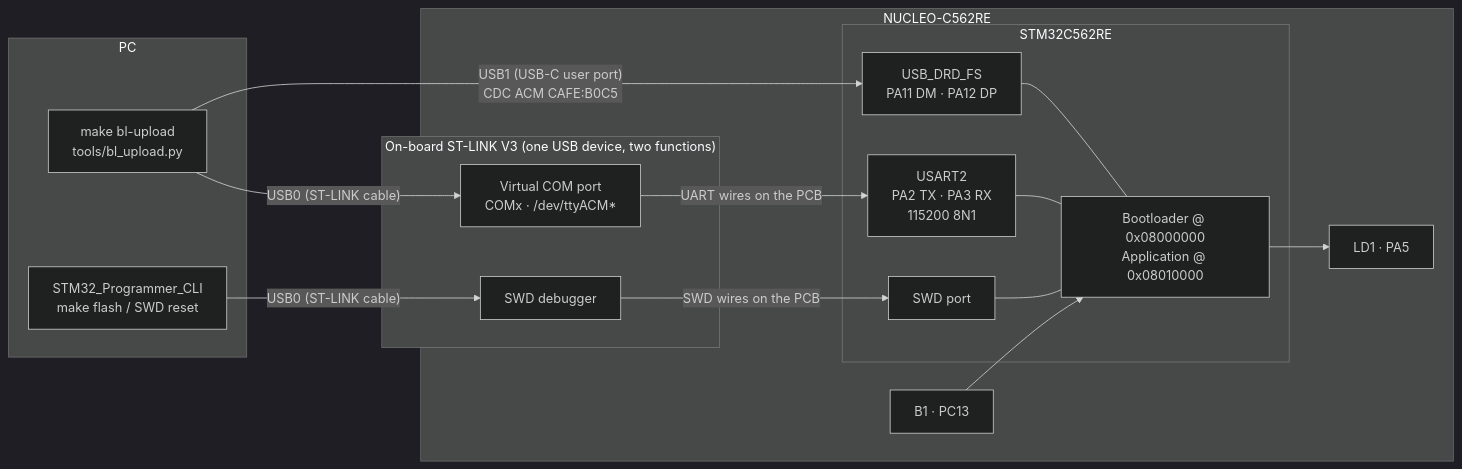
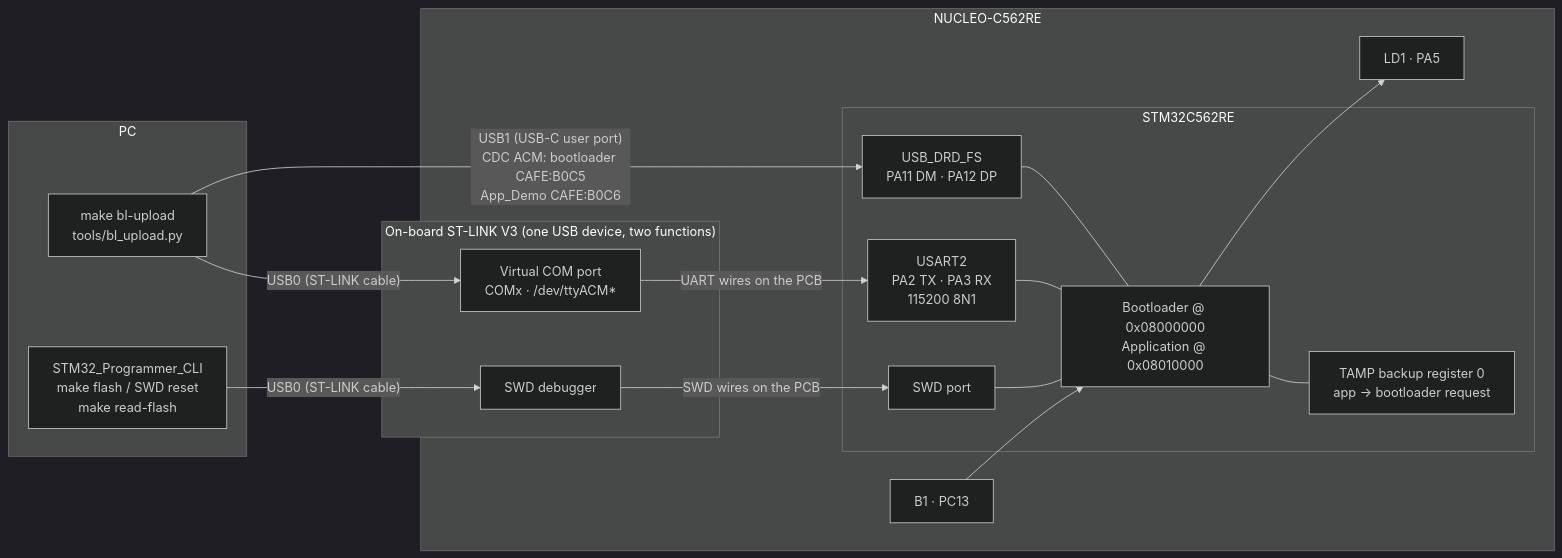
Before and after one commit to bbzorba/STM32C5-NUCLEO-Security-Projects: the first of 2 diagrams in Projects/Bootloader/ARCHITECTURE.md, drawn with Mermaid (dark theme). The commit also changed other lines of this file and 5 other files, not shown here.

````diff
--- a/Projects/Bootloader/ARCHITECTURE.md
+++ b/Projects/Bootloader/ARCHITECTURE.md
@@ -8,33 +8,35 @@
 ```mermaid
 flowchart LR
     subgraph PC
         TOOL["make bl-upload<br/>tools/bl_upload.py"]
-        PROG["STM32_Programmer_CLI<br/>make flash / SWD reset"]
+        PROG["STM32_Programmer_CLI<br/>make flash / SWD reset<br/>make read-flash"]
     end
 
     subgraph BOARD["NUCLEO-C562RE"]
         subgraph STLINK["On-board ST-LINK V3 (one USB device, two functions)"]
             VCP["Virtual COM port<br/>COMx · /dev/ttyACM*"]
             DBG["SWD debugger"]
         end
         subgraph MCU["STM32C562RE"]
             UART["USART2<br/>PA2 TX · PA3 RX<br/>115200 8N1"]
             SWD["SWD port"]
             USBP["USB_DRD_FS<br/>PA11 DM · PA12 DP"]
             CORE["Bootloader @ 0x08000000<br/>Application @ 0x08010000"]
+            BKP["TAMP backup register 0<br/>app → bootloader request"]
         end
         B1["B1 · PC13"]
         LD1["LD1 · PA5"]
     end
 
     TOOL -- "USB0 (ST-LINK cable)" --> VCP
     PROG -- "USB0 (ST-LINK cable)" --> DBG
-    TOOL -- "USB1 (USB-C user port)<br/>CDC ACM CAFE:B0C5" --> USBP
+    TOOL -- "USB1 (USB-C user port)<br/>CDC ACM: bootloader CAFE:B0C5<br/>App_Demo CAFE:B0C6" --> USBP
     VCP -- "UART wires on the PCB" --> UART
     DBG -- "SWD wires on the PCB" --> SWD
     UART --- CORE
     USBP --- CORE
     SWD --- CORE
+    CORE --- BKP
     B1 --> CORE
     CORE --> LD1
 ```
````
